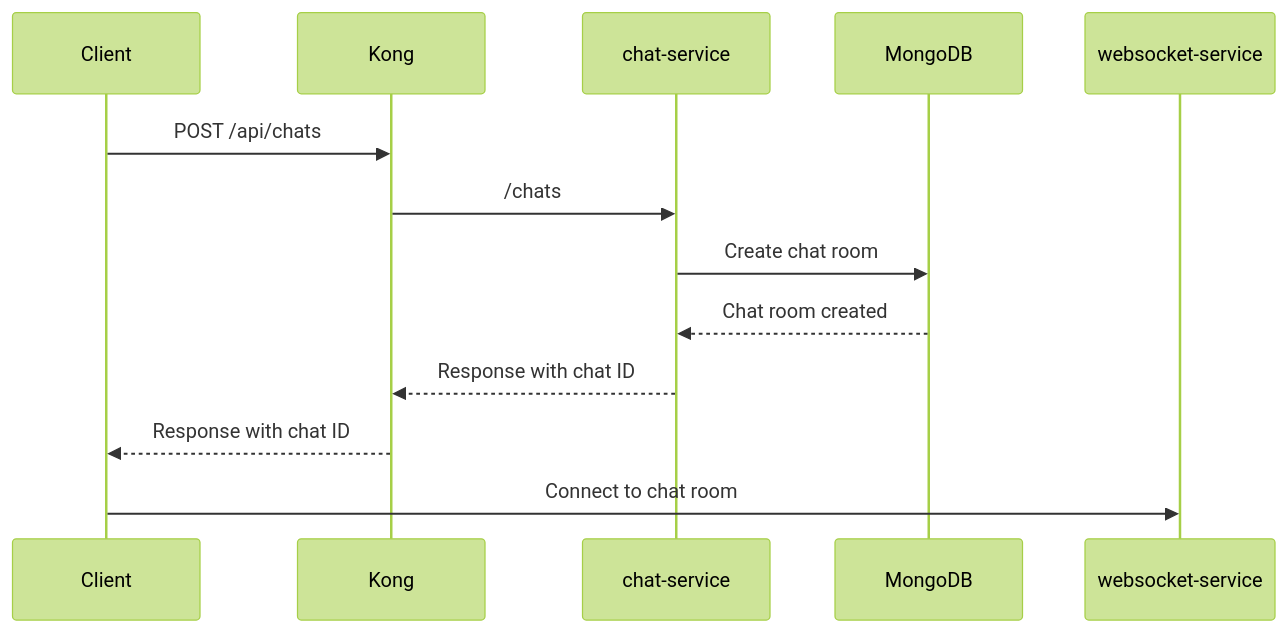
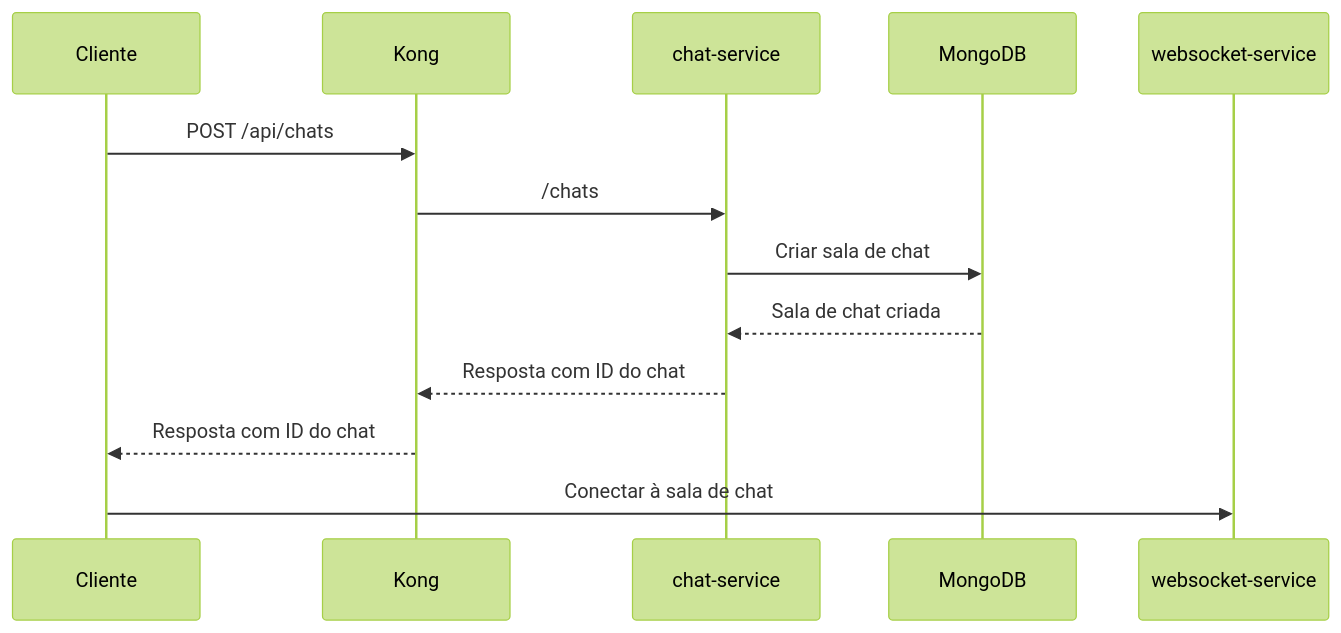
The tenth of 16 diagrams in docs/diagrams.md (Thiagoldo/pos-unifametro-backend), drawn with Mermaid (forest theme) before and after one commit. The commit also changed other lines of this file, not shown here.

Commit message:
docs: translate diagrams.md to portuguese

````diff
--- a/docs/diagrams.md
+++ b/docs/diagrams.md
@@ -166,16 +166,16 @@
 ```mermaid
 sequenceDiagram
-    participant Client
+    participant Cliente
     participant Kong
     participant chat-service
     participant MongoDB
     participant websocket-service
 
-    Client->>Kong: POST /api/chats
+    Cliente->>Kong: POST /api/chats
     Kong->>chat-service: /chats
-    chat-service->>MongoDB: Create chat room
-    MongoDB-->>chat-service: Chat room created
-    chat-service-->>Kong: Response with chat ID
-    Kong-->>Client: Response with chat ID
-    Client->>websocket-service: Connect to chat room
+    chat-service->>MongoDB: Criar sala de chat
+    MongoDB-->>chat-service: Sala de chat criada
+    chat-service-->>Kong: Resposta com ID do chat
+    Kong-->>Cliente: Resposta com ID do chat
+    Cliente->>websocket-service: Conectar à sala de chat
 ```
````
